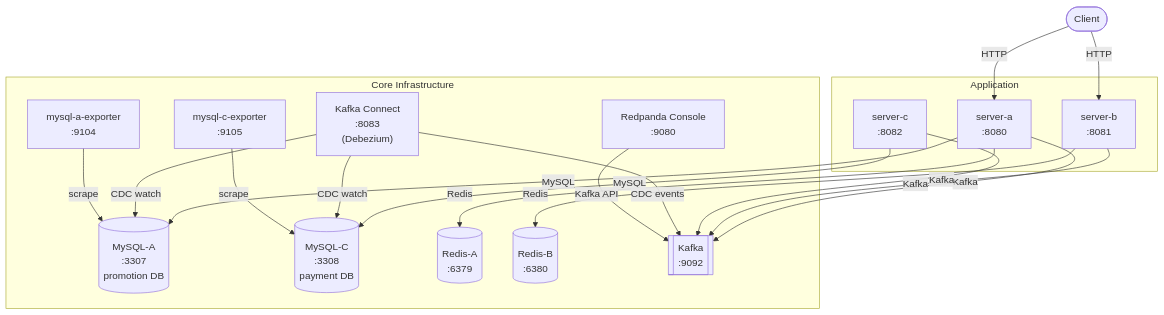
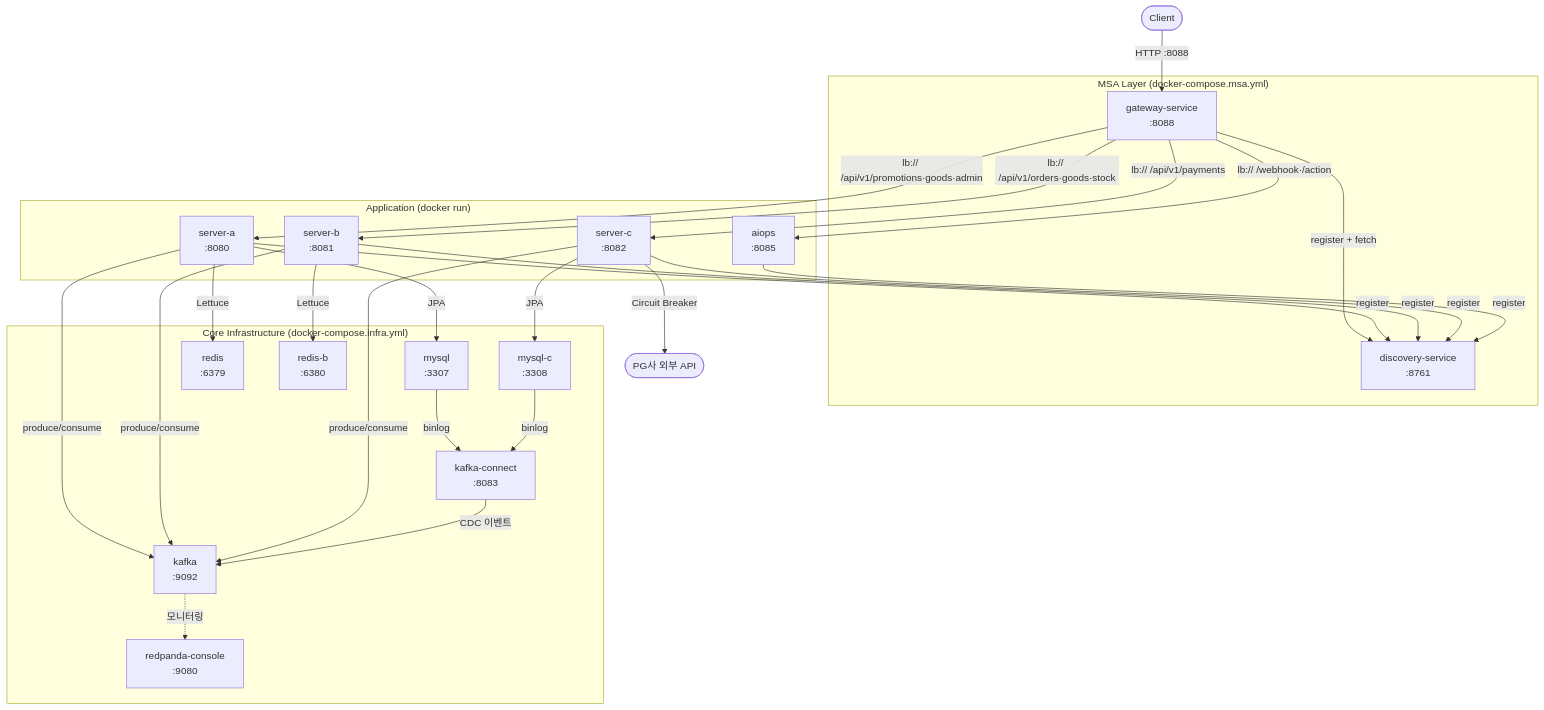
Before and after one commit to michi2012/goods-promotion-project: the first of 2 diagrams in docs/infra-diagram.md, drawn with Mermaid. The commit also changed other lines of this file and 30 other files, not shown here.

First line of the commit message:
feat: MSA 인프라 레이어 추가 (gateway-service, discovery-service)

````diff
--- a/docs/infra-diagram.md
+++ b/docs/infra-diagram.md
@@ -6,40 +6,64 @@
 ```mermaid
 flowchart TD
     Client(["Client"])
 
-    subgraph App["Application"]
-        svcA["server-a\n:8080"]
-        svcB["server-b\n:8081"]
-        svcC["server-c\n:8082"]
+    subgraph MSA["MSA Layer (docker-compose.msa.yml)"]
+        GW["gateway-service\n:8088"]
+        DS["discovery-service\n:8761"]
     end
 
-    subgraph Infra["Core Infrastructure"]
-        mysql[("MySQL-A\n:3307\npromotion DB")]
-        mysqlC[("MySQL-C\n:3308\npayment DB")]
-        redis[("Redis-A\n:6379")]
-        redisB[("Redis-B\n:6380")]
-        kafka[["Kafka\n:9092"]]
-        kafkaConnect["Kafka Connect\n:8083\n(Debezium)"]
-        rpConsole["Redpanda Console\n:9080"]
-        mysqlExp["mysql-a-exporter\n:9104"]
-        mysqlCExp["mysql-c-exporter\n:9105"]
+    subgraph App["Application (docker run)"]
+        A["server-a\n:8080"]
+        B["server-b\n:8081"]
+        C["server-c\n:8082"]
+        AIO["aiops\n:8085"]
     end
 
-    Client -->|HTTP| svcA
-    Client -->|HTTP| svcB
+    subgraph Infra["Core Infrastructure (docker-compose.infra.yml)"]
+        MySQL["mysql\n:3307"]
+        MySQLC["mysql-c\n:3308"]
+        Redis["redis\n:6379"]
+        RedisB["redis-b\n:6380"]
+        Kafka["kafka\n:9092"]
+        KC["kafka-connect\n:8083"]
+        RP["redpanda-console\n:9080"]
+    end
 
-    svcA -->|MySQL| mysql
-    svcC -->|MySQL| mysqlC
-    svcA -->|Redis| redis
-    svcB -->|Redis| redisB
-    svcA -->|Kafka| kafka
-    svcB -->|Kafka| kafka
-    svcC -->|Kafka| kafka
+    PG(["PG사 외부 API"])
 
-    kafkaConnect -->|CDC watch| mysql
-    kafkaConnect -->|CDC watch| mysqlC
-    kafkaConnect -->|CDC events| kafka
-    rpConsole -->|Kafka API| kafka
-    mysqlExp -->|scrape| mysql
-    mysqlCExp -->|scrape| mysqlC
+    %% 외부 트래픽
+    Client -->|"HTTP :8088"| GW
+
+    %% 게이트웨이 → 서비스 (Eureka lb://)
+    GW -->|"lb:// /api/v1/promotions·goods·admin"| A
+    GW -->|"lb:// /api/v1/orders·goods·stock"| B
+    GW -->|"lb:// /api/v1/payments"| C
+    GW -->|"lb:// /webhook·/action"| AIO
+
+    %% Eureka 등록
+    GW -->|"register + fetch"| DS
+    A -->|"register"| DS
+    B -->|"register"| DS
+    C -->|"register"| DS
+    AIO -->|"register"| DS
+
+    %% 앱 → 인프라
+    A -->|"JPA"| MySQL
+    A -->|"Lettuce"| Redis
+    A -->|"produce/consume"| Kafka
+    B -->|"Lettuce"| RedisB
+    B -->|"produce/consume"| Kafka
+    C -->|"JPA"| MySQLC
+    C -->|"produce/consume"| Kafka
+
+    %% Debezium CDC
+    MySQL -->|"binlog"| KC
+    MySQLC -->|"binlog"| KC
+    KC -->|"CDC 이벤트"| Kafka
+
+    %% 외부 결제
+    C -->|"Circuit Breaker"| PG
+
+    %% Kafka UI
+    Kafka -.->|"모니터링"| RP
 ```
````
